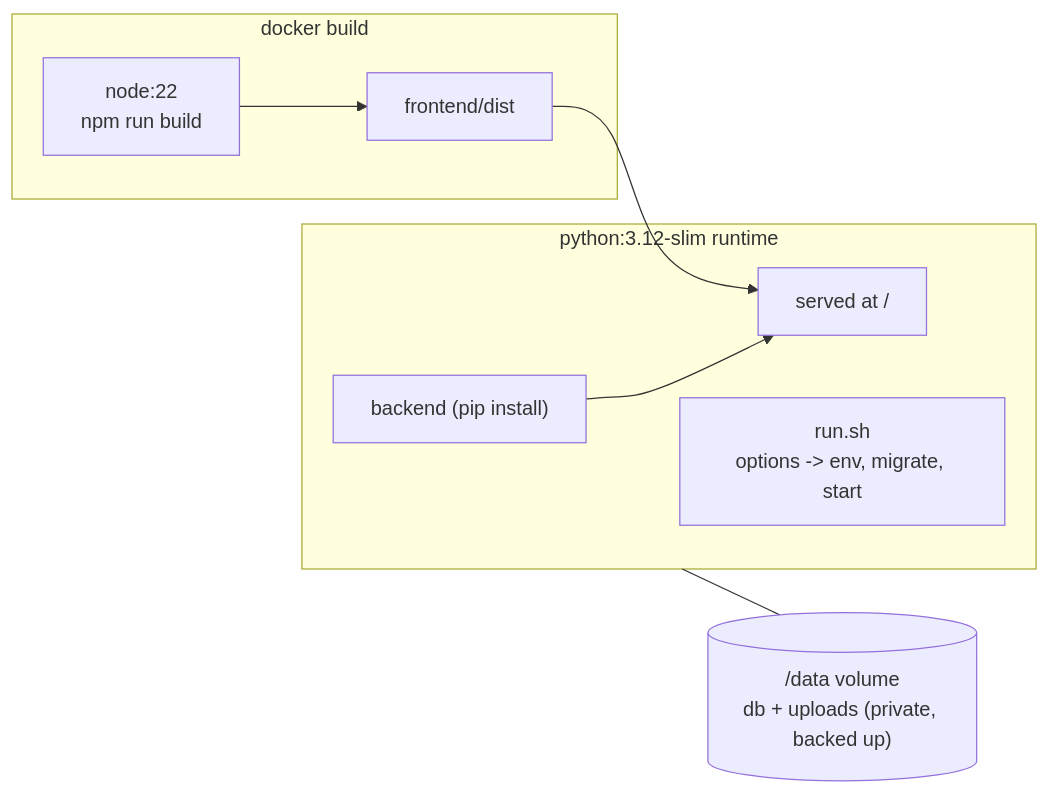
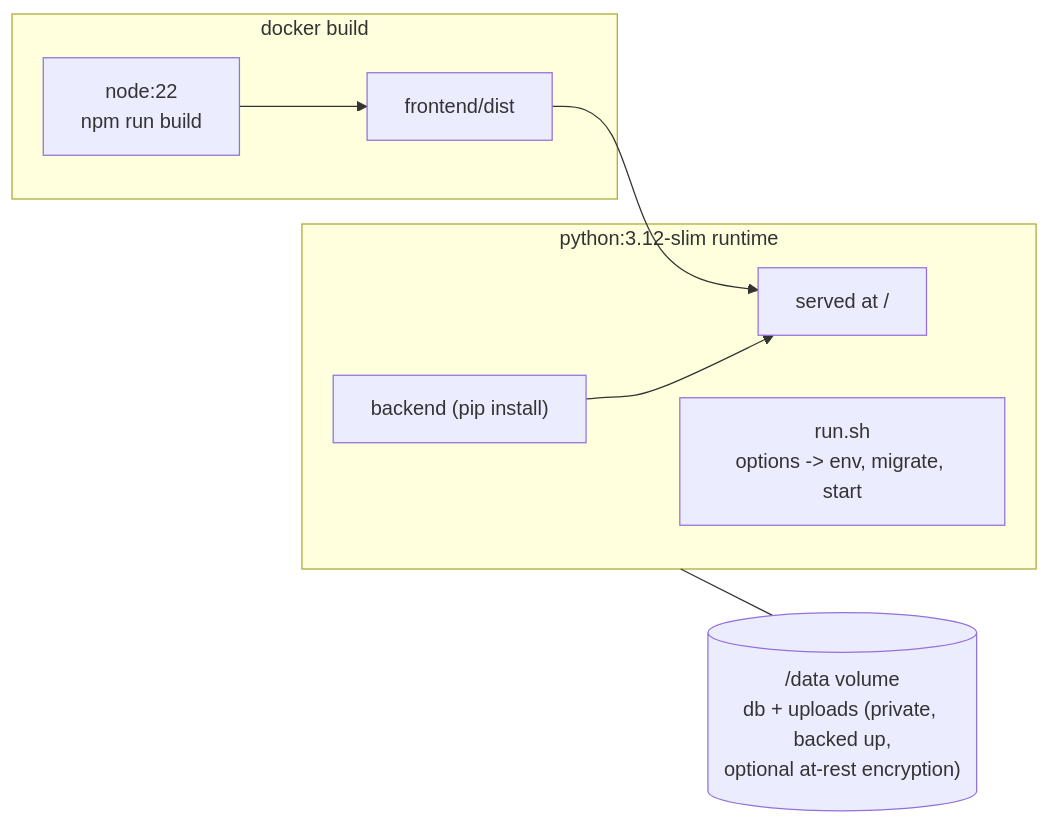
The fifth of 5 diagrams in docs/architecture.md (SpiritSLO-UK/HomeAssistant-expenses-analytics), drawn with Mermaid before and after one commit. The commit also changed other lines of this file and 1 other file, not shown here.

First line of the commit message:
docs(architecture): note at-rest encryption + add energy/import-profile/Curve entities

````diff
--- a/docs/architecture.md
+++ b/docs/architecture.md
@@ -131,14 +133,14 @@
 ```mermaid
 flowchart LR
   subgraph build["docker build"]
     n["node:22<br/>npm run build"] --> dist["frontend/dist"]
   end
   subgraph img["python:3.12-slim runtime"]
     be["backend (pip install)"]
     dist --> served["served at /"]
     be --> served
     run["run.sh<br/>options -> env, migrate, start"]
   end
-  vol[("/data volume<br/>db + uploads (private, backed up)")]
+  vol[("/data volume<br/>db + uploads (private, backed up,<br/>optional at-rest encryption)")]
   img --- vol
 ```
````
